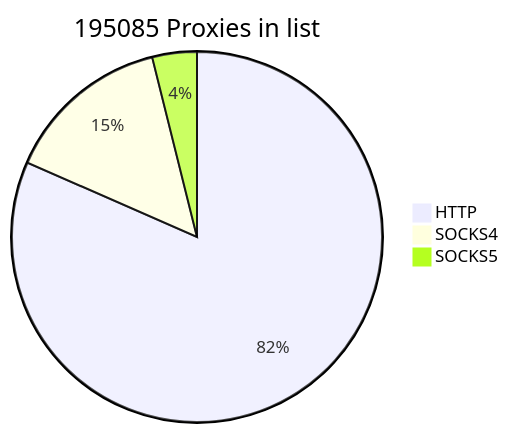
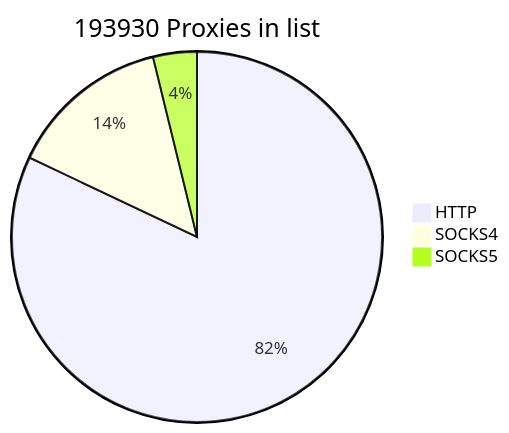
Before and after one commit to cutipu/proxylist: the first of 2 diagrams in README.md, drawn with Mermaid. The commit also changed other lines of this file, not shown here.

````diff
--- a/README.md
+++ b/README.md
@@ -2,7 +2,7 @@
 ```mermaid
-pie title 195085 Proxies in list
-    "HTTP" : 159141
-    "SOCKS4" : 28355
-    "SOCKS5" : 7589
+pie title 193930 Proxies in list
+    "HTTP" : 159111
+    "SOCKS4" : 27416
+    "SOCKS5" : 7403
             
 ```
````
